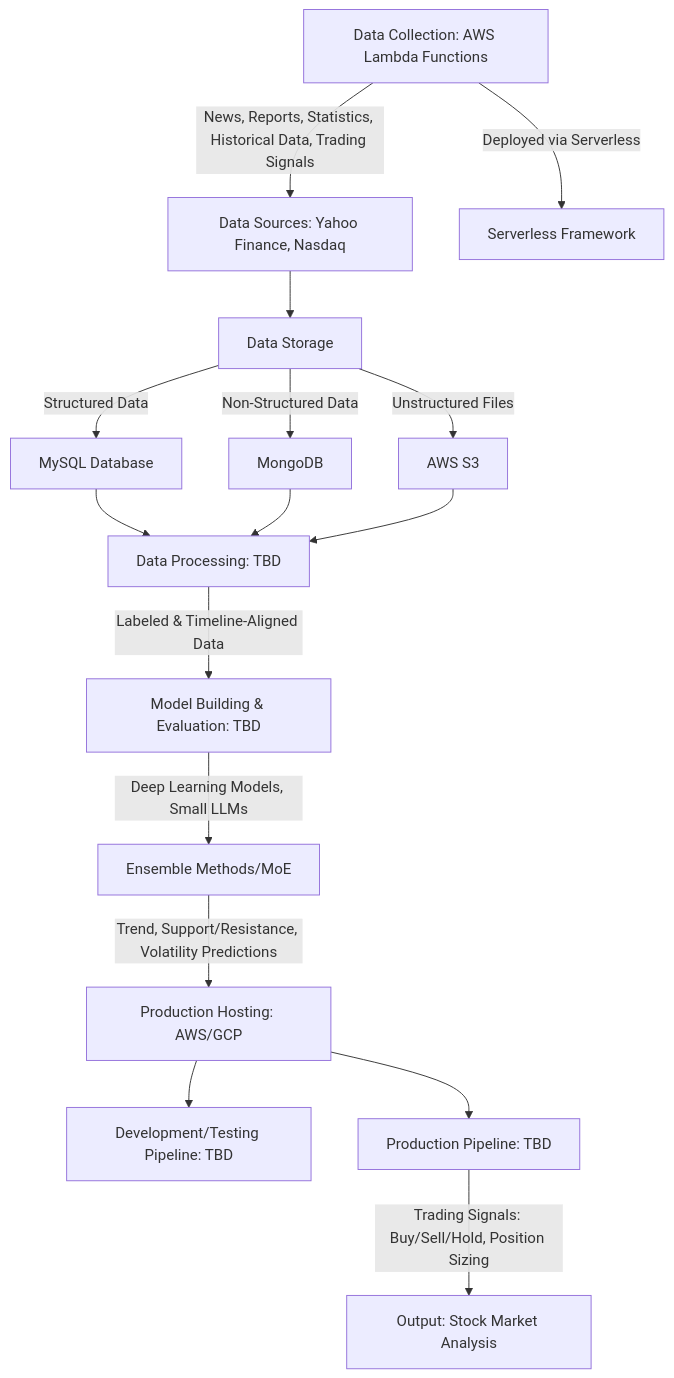
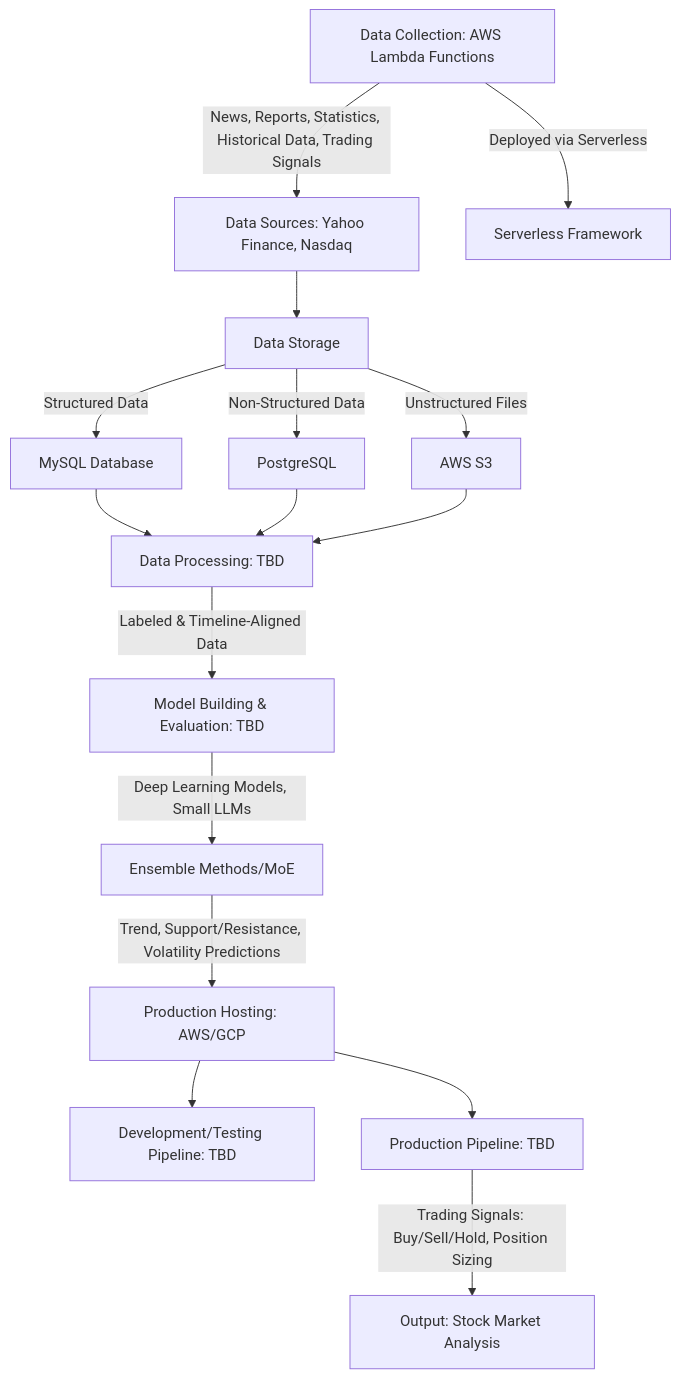
One commit to thomas-choi/Fin-Agents changed the third of 3 diagrams in README.md. Above: the diagram before and after it, drawn with Mermaid. The commit also changed other lines of this file and 1 other file, not shown here.

````diff
--- a/README.md
+++ b/README.md
@@ -79,18 +79,18 @@
 ```mermaid
 graph TD
     A[Data Collection: AWS Lambda Functions] -->|News, Reports, Statistics, Historical Data, Trading Signals| B[Data Sources: Yahoo Finance, Nasdaq]
     A -->|Deployed via Serverless| A1[Serverless Framework]
     B --> C[Data Storage]
     C -->|Structured Data| C1[MySQL Database]
-    C -->|Non-Structured Data| C2[MongoDB]
+    C -->|Non-Structured Data| C2[PostgreSQL]
     C -->|Unstructured Files| C3[AWS S3]
     C1 --> D[Data Processing: TBD]
     C2 --> D
     C3 --> D
     D -->|Labeled & Timeline-Aligned Data| E[Model Building & Evaluation: TBD]
     E -->|Deep Learning Models, Small LLMs| F[Ensemble Methods/MoE]
     F -->|Trend, Support/Resistance, Volatility Predictions| G[Production Hosting: AWS/GCP]
     G --> H[Development/Testing Pipeline: TBD]
     G --> I[Production Pipeline: TBD]
     I -->|Trading Signals: Buy/Sell/Hold, Position Sizing| J[Output: Stock Market Analysis]
 ```
````
